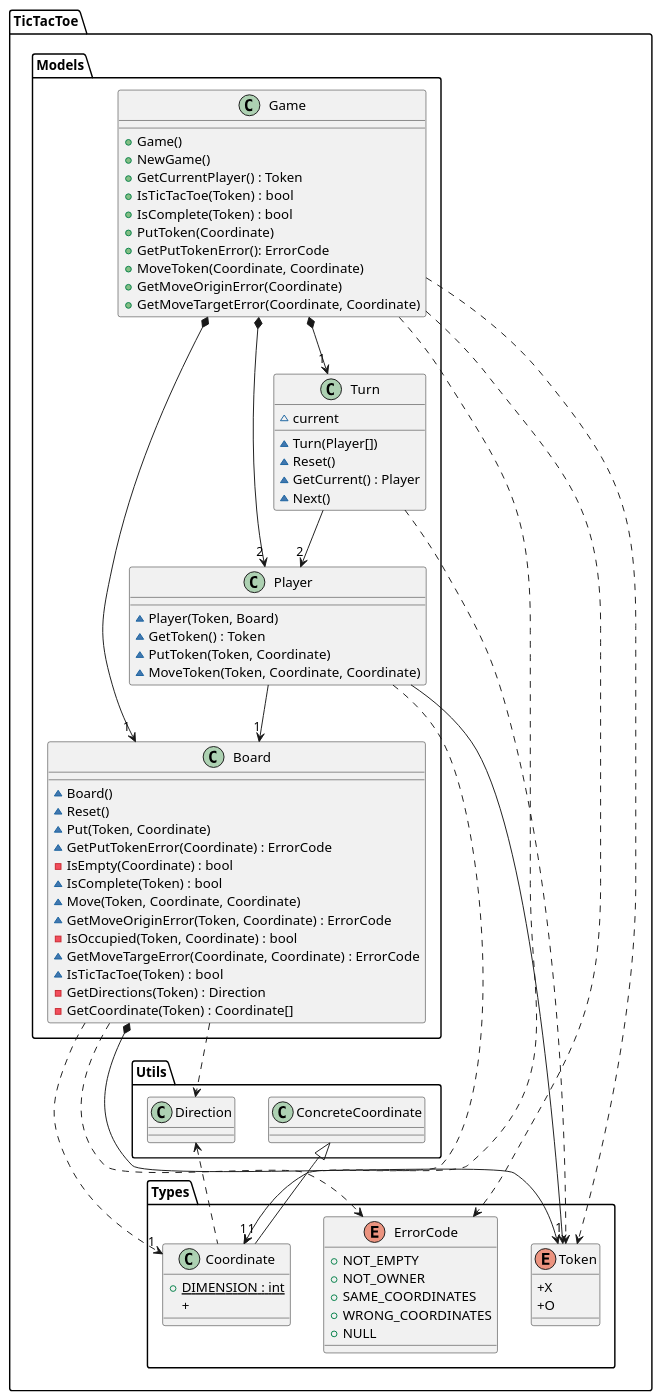
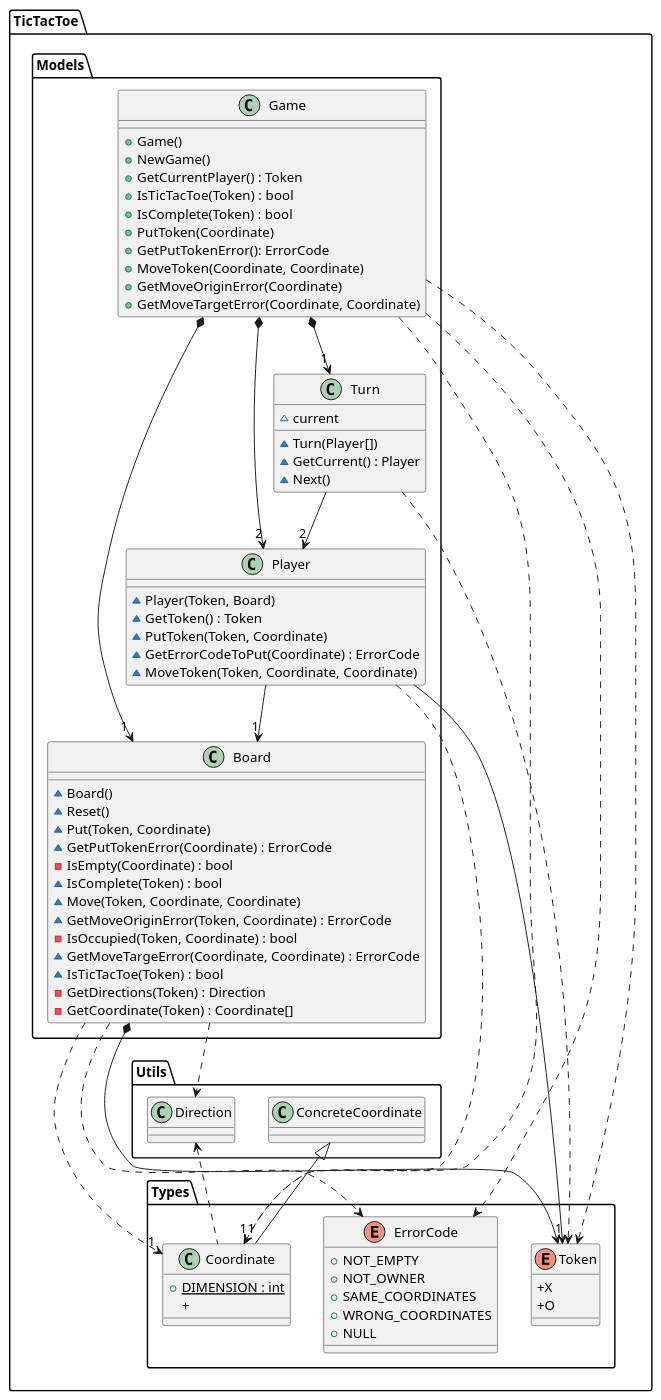
Before and after one commit to franpaulinoinfante/MasterSoftwareDevelopment: the third of 4 diagrams in src/TicTacToe/DocumentView/Basic/TicTacToeNamespace.plantuml, drawn with PlantUML. The commit also changed 10 other files, not shown here.

```diff
--- a/src/TicTacToe/DocumentView/Basic/TicTacToeNamespace.plantuml
+++ b/src/TicTacToe/DocumentView/Basic/TicTacToeNamespace.plantuml
@@ -145,86 +145,86 @@
 @startuml TicTacToe.Models
     namespace TicTacToe.Models{
         class Game{
             +Game()
             +NewGame()
             +GetCurrentPlayer() : Token
             +IsTicTacToe(Token) : bool
             +IsComplete(Token) : bool
             +PutToken(Coordinate)
             +GetPutTokenError(): ErrorCode
             +MoveToken(Coordinate, Coordinate)
             +GetMoveOriginError(Coordinate)
             +GetMoveTargetError(Coordinate, Coordinate)
         }
         TicTacToe.Models.Game *--> "1" Board
         TicTacToe.Models.Game *--> "1" Turn
         TicTacToe.Models.Game *--> "2" Player
         TicTacToe.Models.Game ..> TicTacToe.Types.ErrorCode
         TicTacToe.Models.Game ..> TicTacToe.Types.Token
         TicTacToe.Models.Game ..> "1" TicTacToe.Types.Coordinate
 
         class Board{
             ~Board()
             ~Reset()
             ~Put(Token, Coordinate)
             ~GetPutTokenError(Coordinate) : ErrorCode
             -IsEmpty(Coordinate) : bool
             ~IsComplete(Token) : bool
             ~Move(Token, Coordinate, Coordinate)
             ~GetMoveOriginError(Token, Coordinate) : ErrorCode
             -IsOccupied(Token, Coordinate) : bool
             ~GetMoveTargeError(Coordinate, Coordinate) : ErrorCode
             ~IsTicTacToe(Token) : bool
             -GetDirections(Token) : Direction
             -GetCoordinate(Token) : Coordinate[]
         }
         TicTacToe.Models.Board *--> TicTacToe.Types.Token
         TicTacToe.Models.Board ..> TicTacToe.Types.ErrorCode
         TicTacToe.Models.Board ..> "1" TicTacToe.Types.Coordinate
         TicTacToe.Models.Board ..> TicTacToe.Utils.Direction
 
 
         class Turn{
             ~current
             ~Turn(Player[])
-            ~Reset()
             ~GetCurrent() : Player
             ~Next()
         }
         TicTacToe.Models.Turn --> "2" Player
         TicTacToe.Models.Turn ..> TicTacToe.Types.Token
 
         class Player{
             ~Player(Token, Board)
             ~GetToken() : Token
             ~PutToken(Token, Coordinate)
+            ~GetErrorCodeToPut(Coordinate) : ErrorCode
             ~MoveToken(Token, Coordinate, Coordinate)
         }
         TicTacToe.Models.Player --> "1" Board
         TicTacToe.Models.Player --> "1" TicTacToe.Types.Token
         TicTacToe.Models.Player ..> "1" TicTacToe.Types.Coordinate
     }
 
     namespace TicTacToe.Types{
         class Coordinate{
             +{static} DIMENSION : int
             +
         }
         TicTacToe.Types.Coordinate -up-|> TicTacToe.Utils.ConcreteCoordinate
         TicTacToe.Types.Coordinate .up.> TicTacToe.Utils.Direction
 
         enum Token{
             +X
             +O
         }
 
         enum ErrorCode{
             +NOT_EMPTY
             +NOT_OWNER
             +SAME_COORDINATES
             +WRONG_COORDINATES
             +NULL
         }
     }
 
 @enduml
```
